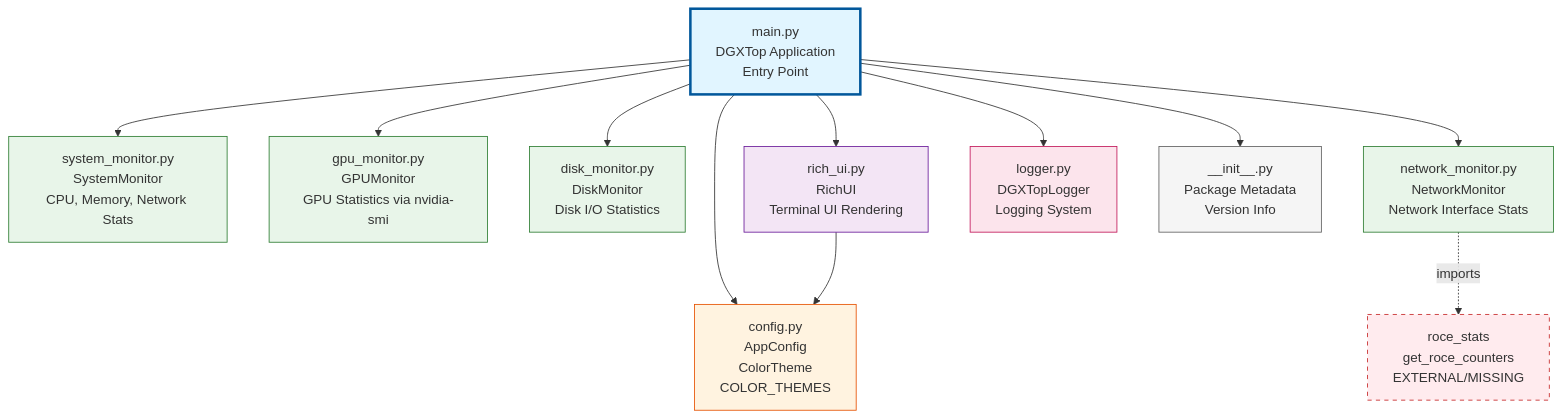
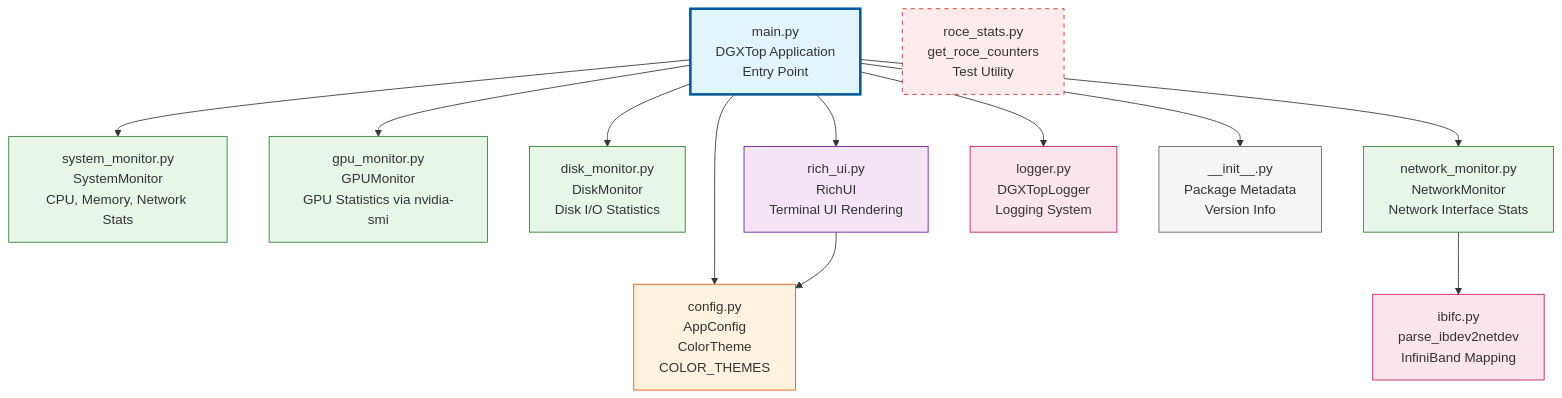
Before and after one commit to sjyi/dgxtop: the diagram in dgxtop/ARCHITECTURE.md, drawn with Mermaid. The commit also changed other lines of this file and 2 other files, not shown here.

````diff
--- a/dgxtop/ARCHITECTURE.md
+++ b/dgxtop/ARCHITECTURE.md
@@ -7,59 +7,60 @@
 ```mermaid
 graph TB
     %% Entry Point
     Main[main.py<br/>DGXTop Application<br/>Entry Point]
     
     %% Core Configuration
     Config[config.py<br/>AppConfig<br/>ColorTheme<br/>COLOR_THEMES]
     
     %% Monitoring Modules
     SystemMon[system_monitor.py<br/>SystemMonitor<br/>CPU, Memory, Network Stats]
     GPUMon[gpu_monitor.py<br/>GPUMonitor<br/>GPU Statistics via nvidia-smi]
     DiskMon[disk_monitor.py<br/>DiskMonitor<br/>Disk I/O Statistics]
     NetworkMon[network_monitor.py<br/>NetworkMonitor<br/>Network Interface Stats]
     
     %% UI Layer
     RichUI[rich_ui.py<br/>RichUI<br/>Terminal UI Rendering]
     
     %% Utility Modules
     Logger[logger.py<br/>DGXTopLogger<br/>Logging System]
+    IBIFC[ibifc.py<br/>parse_ibdev2netdev<br/>InfiniBand Mapping]
     
-    %% External Dependencies (mentioned but may not exist)
-    RoCEStats[roce_stats<br/>get_roce_counters<br/>EXTERNAL/MISSING]
+    %% Test/Utility Scripts (standalone)
+    RoCEStats[roce_stats.py<br/>get_roce_counters<br/>Test Utility]
     
     %% Package Init
     Init[__init__.py<br/>Package Metadata<br/>Version Info]
     
     %% Main Dependencies
     Main --> Config
     Main --> SystemMon
     Main --> GPUMon
     Main --> DiskMon
     Main --> NetworkMon
     Main --> RichUI
     Main --> Logger
     Main --> Init
     
     %% UI Dependencies
     RichUI --> Config
     
     %% Network Monitor Dependencies
-    NetworkMon -.->|imports| RoCEStats
+    NetworkMon --> IBIFC
     
     %% Styling
     classDef entryPoint fill:#e1f5ff,stroke:#01579b,stroke-width:3px
     classDef config fill:#fff3e0,stroke:#e65100
     classDef monitor fill:#e8f5e9,stroke:#2e7d32
     classDef ui fill:#f3e5f5,stroke:#6a1b9a
     classDef utility fill:#fce4ec,stroke:#c2185b
     classDef external fill:#ffebee,stroke:#c62828,stroke-dasharray: 5 5
     classDef metadata fill:#f5f5f5,stroke:#616161
     
     class Main entryPoint
     class Config config
     class SystemMon,GPUMon,DiskMon,NetworkMon monitor
     class RichUI ui
-    class Logger utility
+    class Logger,IBIFC utility
     class RoCEStats external
     class Init metadata
 ```
````
